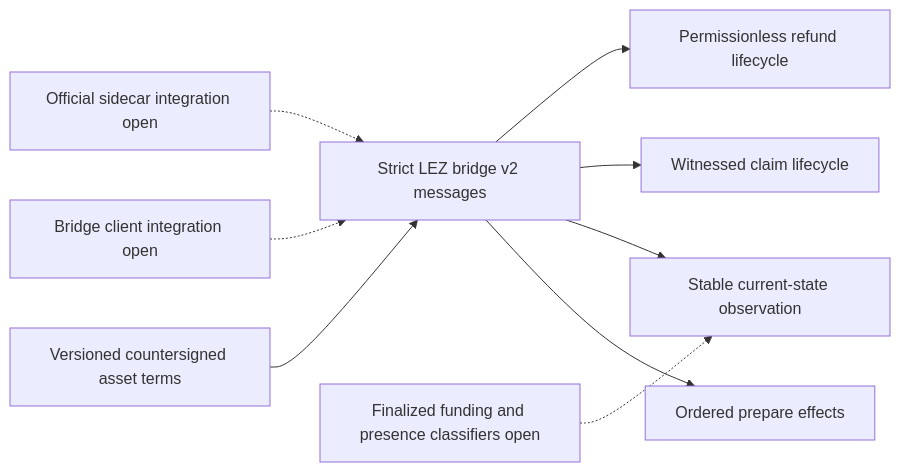
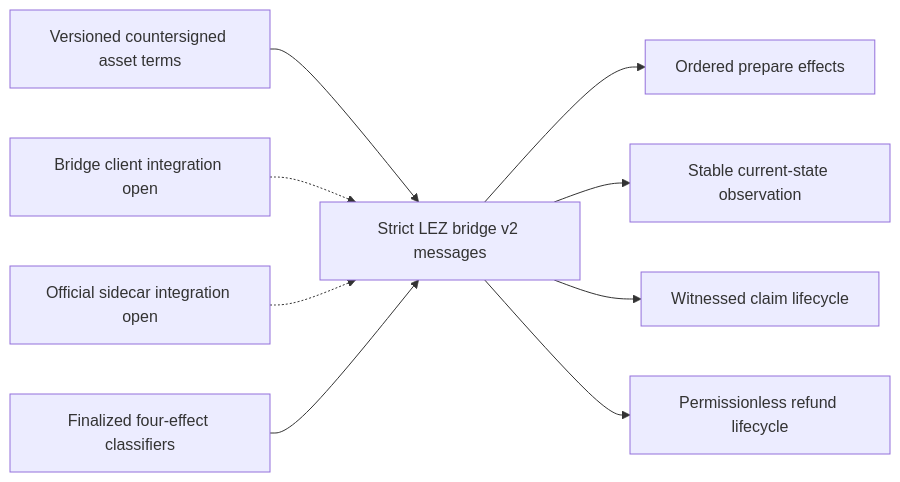
The third of 3 diagrams in docs/architecture/0042-bind-witnessed-token-claims-to-exact-atas.md (gateway-fm/lez-atomic-swaps), drawn with Mermaid before and after one commit. The commit also changed other lines of this file and 6 other files, not shown here.

````diff
--- a/docs/architecture/0042-bind-witnessed-token-claims-to-exact-atas.md
+++ b/docs/architecture/0042-bind-witnessed-token-claims-to-exact-atas.md
@@ -196,11 +196,11 @@
 ```mermaid
 flowchart LR
     Terms["Versioned countersigned asset terms"] --> Wire["Strict LEZ bridge v2 messages"]
     Wire --> Prepare["Ordered prepare effects"]
     Wire --> Current["Stable current-state observation"]
     Wire --> Claim["Witnessed claim lifecycle"]
     Wire --> Refund["Permissionless refund lifecycle"]
     Client["Bridge client integration open"] -.-> Wire
     Sidecar["Official sidecar integration open"] -.-> Wire
-    Finality["Finalized funding and presence classifiers open"] -.-> Current
+    Finality["Finalized four-effect classifiers"] --> Wire
 ```
````
